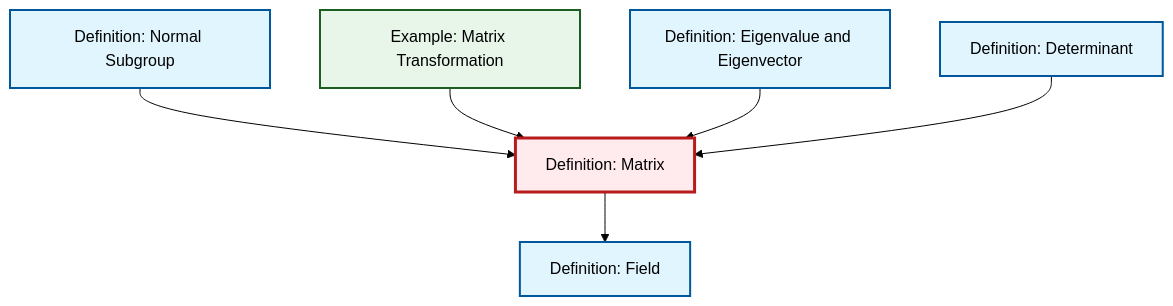
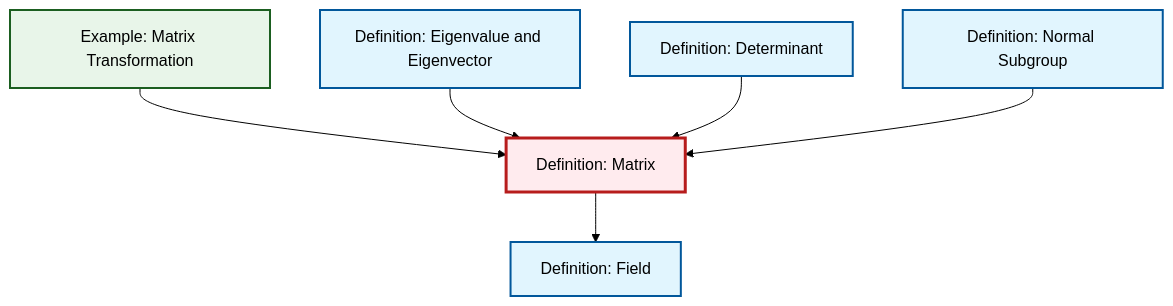
Before and after one commit to RK0429/ModernMath: the diagram in output/mermaid/def-matrix.mermaid, drawn with Mermaid (forest theme). The commit also changed other lines of this file and 554 other files, not shown here.

```diff
--- a/output/mermaid/def-matrix.mermaid
+++ b/output/mermaid/def-matrix.mermaid
@@ -1,19 +1,19 @@
 %%| fig-cap: "Local dependency graph"
 graph TD
     classDef definition fill:#e1f5fe,stroke:#01579b,stroke-width:2px
     classDef theorem fill:#f3e5f5,stroke:#4a148c,stroke-width:2px
     classDef axiom fill:#fff3e0,stroke:#e65100,stroke-width:2px
     classDef example fill:#e8f5e9,stroke:#1b5e20,stroke-width:2px
     classDef current fill:#ffebee,stroke:#b71c1c,stroke-width:3px
     def-field["Definition: Field"]:::definition
+    def-matrix["Definition: Matrix"]:::definition
+    def-normal-subgroup["Definition: Normal Subgroup"]:::definition
+    ex-matrix-transformation["Example: Matrix Transformation"]:::example
     def-determinant["Definition: Determinant"]:::definition
-    def-normal-subgroup["Definition: Normal Subgroup"]:::definition
     def-eigenvalue-eigenvector["Definition: Eigenvalue and Eigenvector"]:::definition
-    ex-matrix-transformation["Example: Matrix Transformation"]:::example
-    def-matrix["Definition: Matrix"]:::definition
-    def-normal-subgroup --> def-matrix
     def-matrix --> def-field
     ex-matrix-transformation --> def-matrix
     def-eigenvalue-eigenvector --> def-matrix
     def-determinant --> def-matrix
+    def-normal-subgroup --> def-matrix
     class def-matrix current
```
